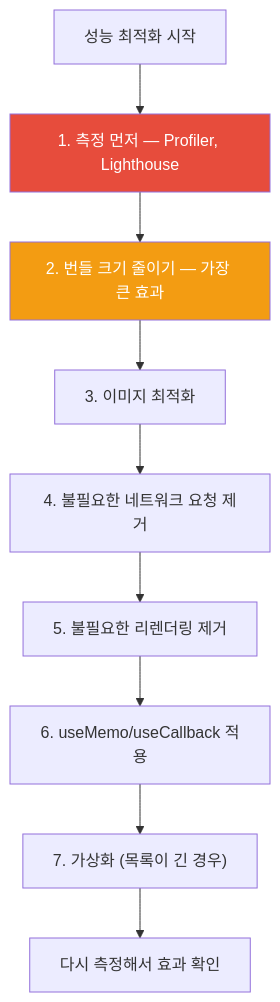
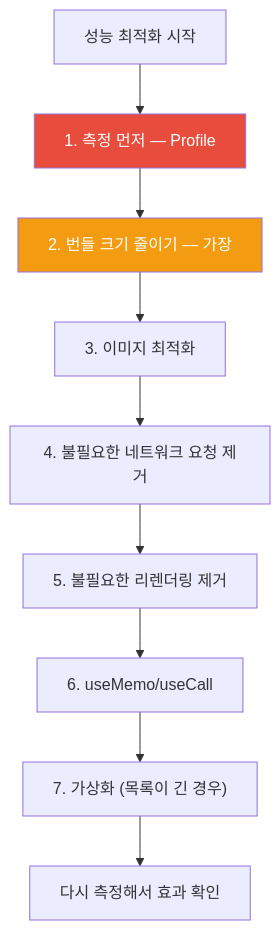
One commit to yjkim2015/yjkim2015.github.io changed the fifth of 5 diagrams in _posts/frontend/2026-05-02-react-performance.md. Above: the diagram before and after it, drawn with Mermaid. The commit also changed other lines of this file and 271 other files, not shown here.

First line of the commit message:
Mermaid 라벨 축소: 긴 노드 텍스트 18자 이하로 트림 + \n 제거

````diff
--- a/_posts/frontend/2026-05-02-react-performance.md
+++ b/_posts/frontend/2026-05-02-react-performance.md
@@ -423,13 +423,13 @@
 ```mermaid
 flowchart TD
-    A["성능 최적화 시작"] --> B["1. 측정 먼저 — Profiler, Lighthouse"]
-    B --> C["2. 번들 크기 줄이기 — 가장 큰 효과"]
+    A["성능 최적화 시작"] --> B["1. 측정 먼저 — Profile"]
+    B --> C["2. 번들 크기 줄이기 — 가장"]
     C --> D["3. 이미지 최적화"]
     D --> E["4. 불필요한 네트워크 요청 제거"]
     E --> F["5. 불필요한 리렌더링 제거"]
-    F --> G["6. useMemo/useCallback 적용"]
+    F --> G["6. useMemo/useCall"]
     G --> H["7. 가상화 (목록이 긴 경우)"]
     H --> I["다시 측정해서 효과 확인"]
     style B fill:#e74c3c,color:#fff
     style C fill:#f39c12,color:#fff
 ```
````
